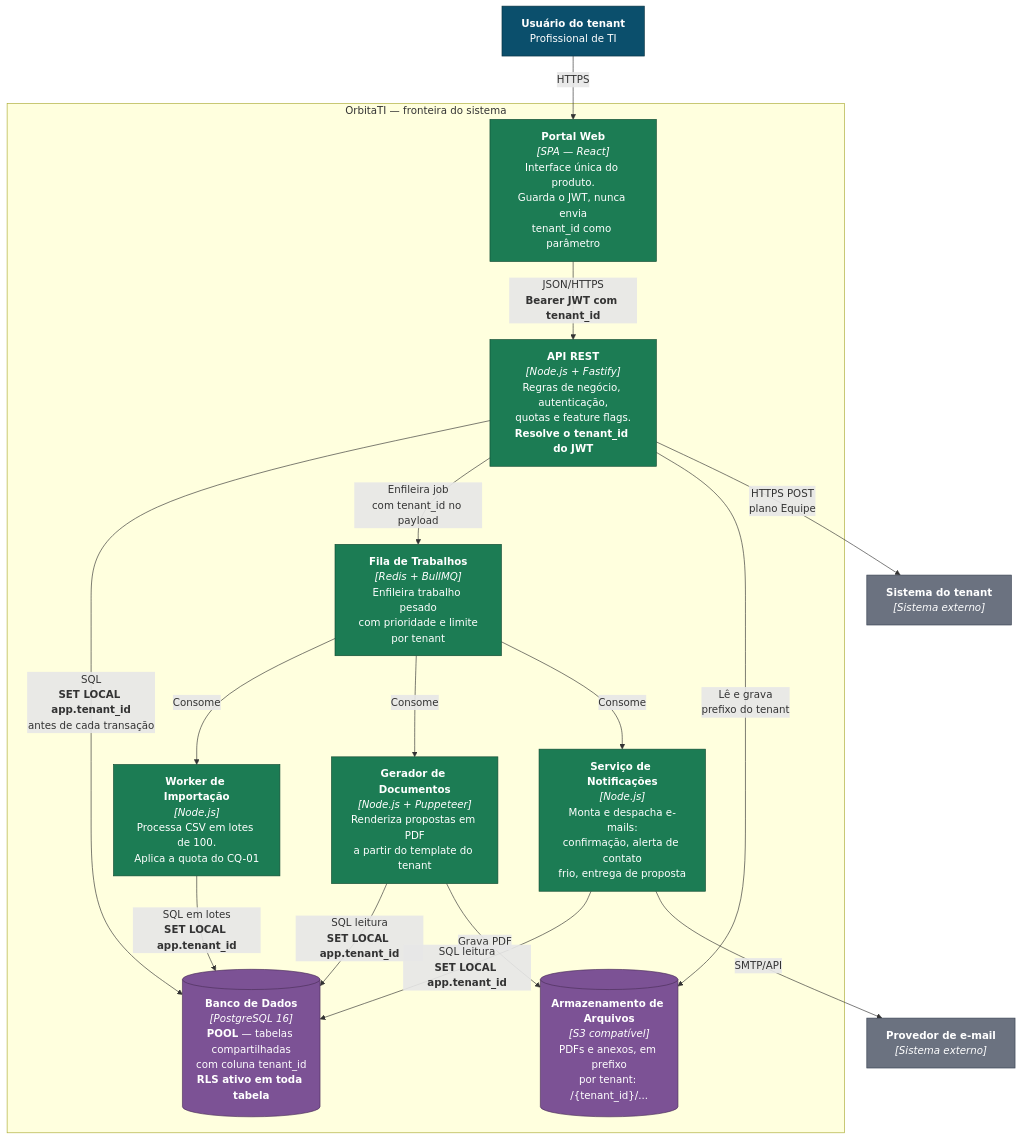
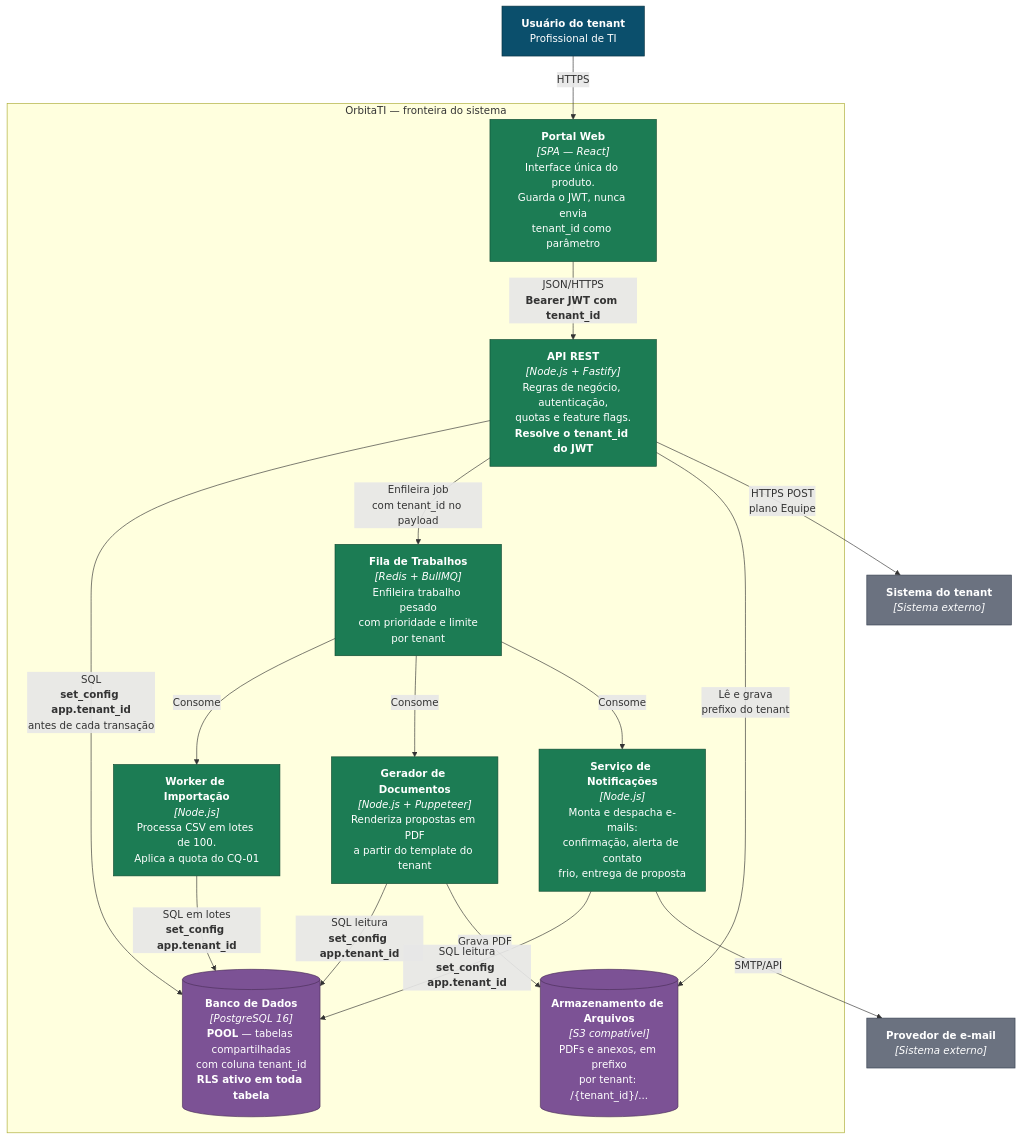
The second of 5 diagrams in docs/02-arquitetura-c4.md (andrielschultzz/OrbitaTI), drawn with Mermaid before and after one commit. The commit also changed other lines of this file and 16 other files, not shown here.

````diff
--- a/docs/02-arquitetura-c4.md
+++ b/docs/02-arquitetura-c4.md
@@ -74,53 +81,53 @@
 ```mermaid
 flowchart TB
     user["<b>Usuário do tenant</b><br/>Profissional de TI"]
 
     subgraph sistema["OrbitaTI — fronteira do sistema"]
         portal["<b>Portal Web</b><br/><i>[SPA — React]</i><br/>Interface única do produto.<br/>Guarda o JWT, nunca envia<br/>tenant_id como parâmetro"]
 
         api["<b>API REST</b><br/><i>[Node.js + Fastify]</i><br/>Regras de negócio, autenticação,<br/>quotas e feature flags.<br/><b>Resolve o tenant_id do JWT</b>"]
 
         fila["<b>Fila de Trabalhos</b><br/><i>[Redis + BullMQ]</i><br/>Enfileira trabalho pesado<br/>com prioridade e limite<br/>por tenant"]
 
         wimport["<b>Worker de Importação</b><br/><i>[Node.js]</i><br/>Processa CSV em lotes de 100.<br/>Aplica a quota do CQ-01"]
 
         wdoc["<b>Gerador de Documentos</b><br/><i>[Node.js + Puppeteer]</i><br/>Renderiza propostas em PDF<br/>a partir do template do tenant"]
 
         notif["<b>Serviço de Notificações</b><br/><i>[Node.js]</i><br/>Monta e despacha e-mails:<br/>confirmação, alerta de contato<br/>frio, entrega de proposta"]
 
         db[("<b>Banco de Dados</b><br/><i>[PostgreSQL 16]</i><br/><b>POOL</b> — tabelas compartilhadas<br/>com coluna tenant_id<br/><b>RLS ativo em toda tabela</b>")]
 
         blob[("<b>Armazenamento de Arquivos</b><br/><i>[S3 compatível]</i><br/>PDFs e anexos, em prefixo<br/>por tenant: /{tenant_id}/...")]
     end
 
     email["<b>Provedor de e-mail</b><br/><i>[Sistema externo]</i>"]
     externo["<b>Sistema do tenant</b><br/><i>[Sistema externo]</i>"]
 
     user -->|"HTTPS"| portal
     portal -->|"JSON/HTTPS<br/><b>Bearer JWT com tenant_id</b>"| api
 
-    api -->|"SQL<br/><b>SET LOCAL app.tenant_id</b><br/>antes de cada transação"| db
+    api -->|"SQL<br/><b>set_config app.tenant_id</b><br/>antes de cada transação"| db
     api -->|"Enfileira job<br/>com tenant_id no payload"| fila
     api -->|"Lê e grava<br/>prefixo do tenant"| blob
 
     fila -->|"Consome"| wimport
     fila -->|"Consome"| wdoc
     fila -->|"Consome"| notif
 
-    wimport -->|"SQL em lotes<br/><b>SET LOCAL app.tenant_id</b>"| db
-    wdoc -->|"SQL leitura<br/><b>SET LOCAL app.tenant_id</b>"| db
+    wimport -->|"SQL em lotes<br/><b>set_config app.tenant_id</b>"| db
+    wdoc -->|"SQL leitura<br/><b>set_config app.tenant_id</b>"| db
     wdoc -->|"Grava PDF"| blob
-    notif -->|"SQL leitura<br/><b>SET LOCAL app.tenant_id</b>"| db
+    notif -->|"SQL leitura<br/><b>set_config app.tenant_id</b>"| db
     notif -->|"SMTP/API"| email
     api -->|"HTTPS POST<br/>plano Equipe"| externo
 
     classDef pessoa fill:#0b4f6c,stroke:#08313f,color:#fff
     classDef container fill:#1c7c54,stroke:#0f4a31,color:#fff
     classDef dados fill:#7c5295,stroke:#4a2f59,color:#fff
     classDef externo fill:#6b7280,stroke:#374151,color:#fff
 
     class user pessoa
     class portal,api,fila,wimport,wdoc,notif container
     class db,blob dados
     class email,externo externo
 ```
````
